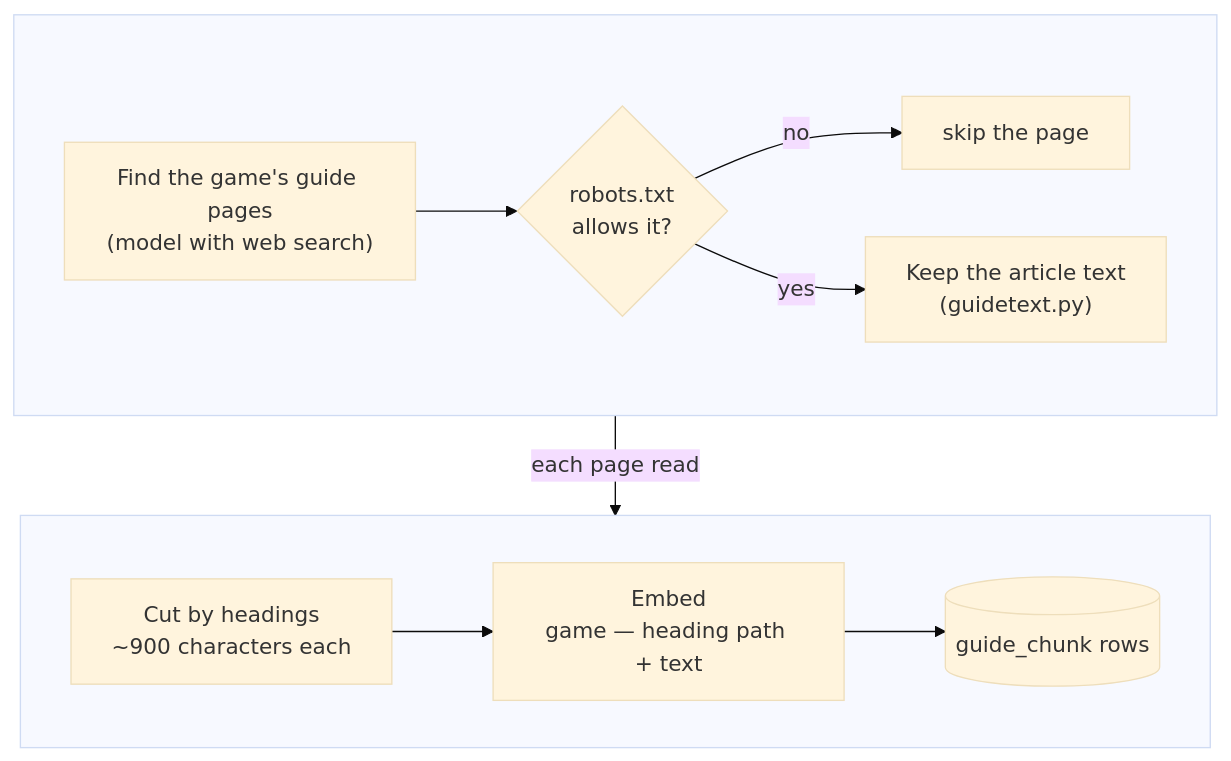
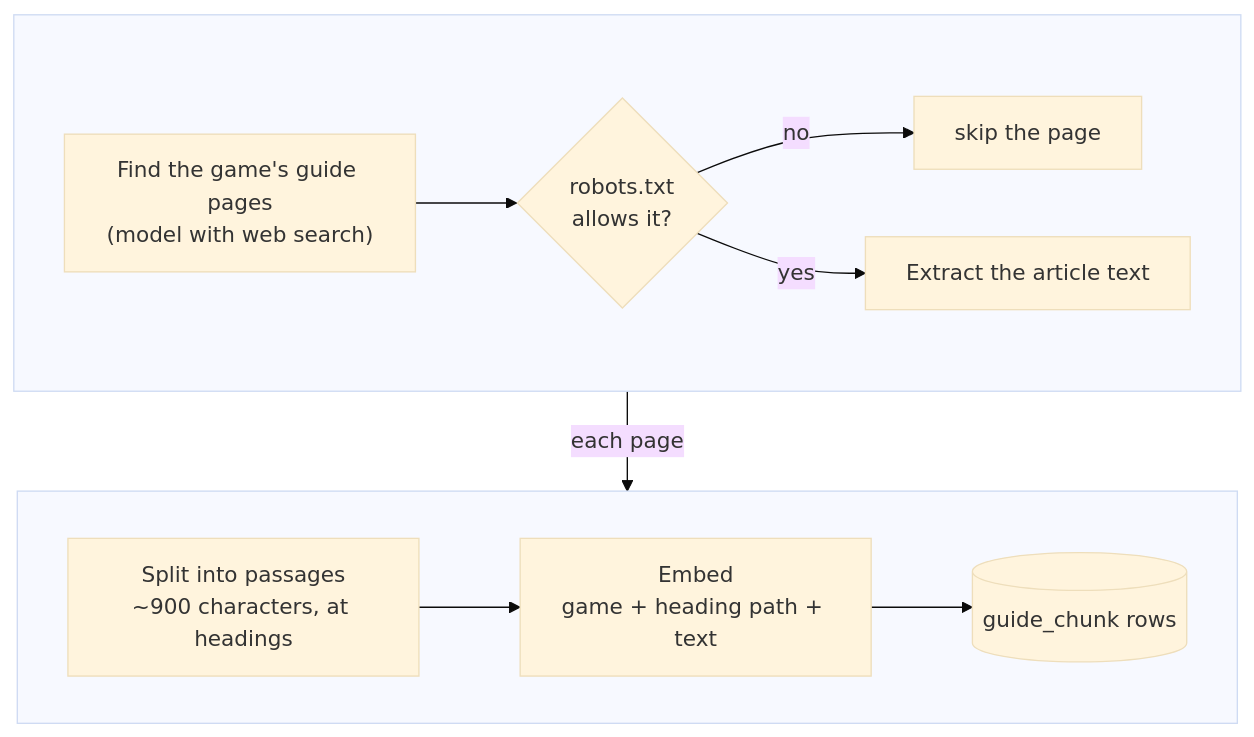
One commit to renatoaug/platjourney changed the second of 4 diagrams in docs/design/07-rag.md. Above: the diagram before and after it, drawn with Mermaid (base theme). The commit also changed other lines of this file, not shown here.

Commit message:
docs(rag): explain the hybrid search, when each search runs and its weights

````diff
--- a/docs/design/07-rag.md
+++ b/docs/design/07-rag.md
@@ -31,14 +27,14 @@
 ```mermaid
 flowchart TB
     subgraph read [" "]
         direction LR
         find["Find the game's guide pages<br/>(model with web search)"] --> robots{"robots.txt<br/>allows it?"}
         robots -- no --> skip[skip the page]
-        robots -- yes --> text["Keep the article text<br/>(guidetext.py)"]
+        robots -- yes --> text["Extract the article text"]
     end
     subgraph keep [" "]
         direction LR
-        cut["Cut by headings<br/>~900 characters each"] --> embed["Embed<br/>game — heading path + text"] --> store[("guide_chunk rows")]
+        cut["Split into passages<br/>~900 characters, at headings"] --> embed["Embed<br/>game + heading path + text"] --> rows[("guide_chunk rows")]
     end
-    read -- "each page read" --> keep
+    read -- "each page" --> keep
 ```
````
